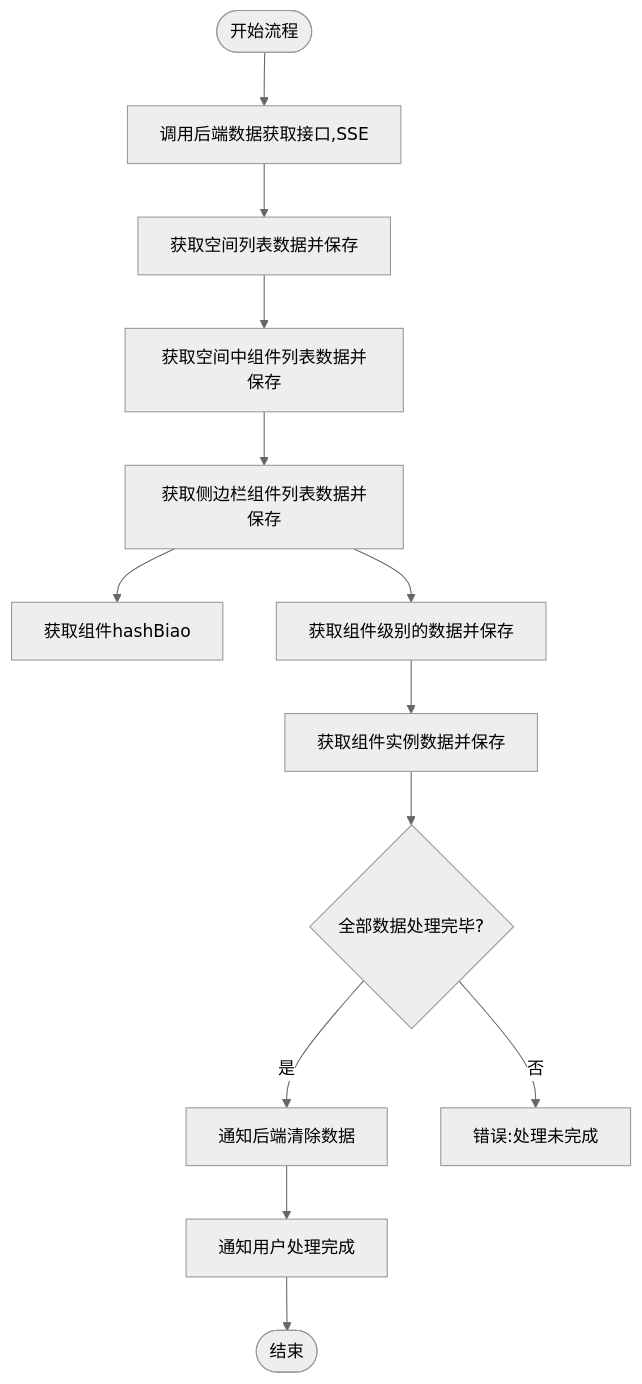
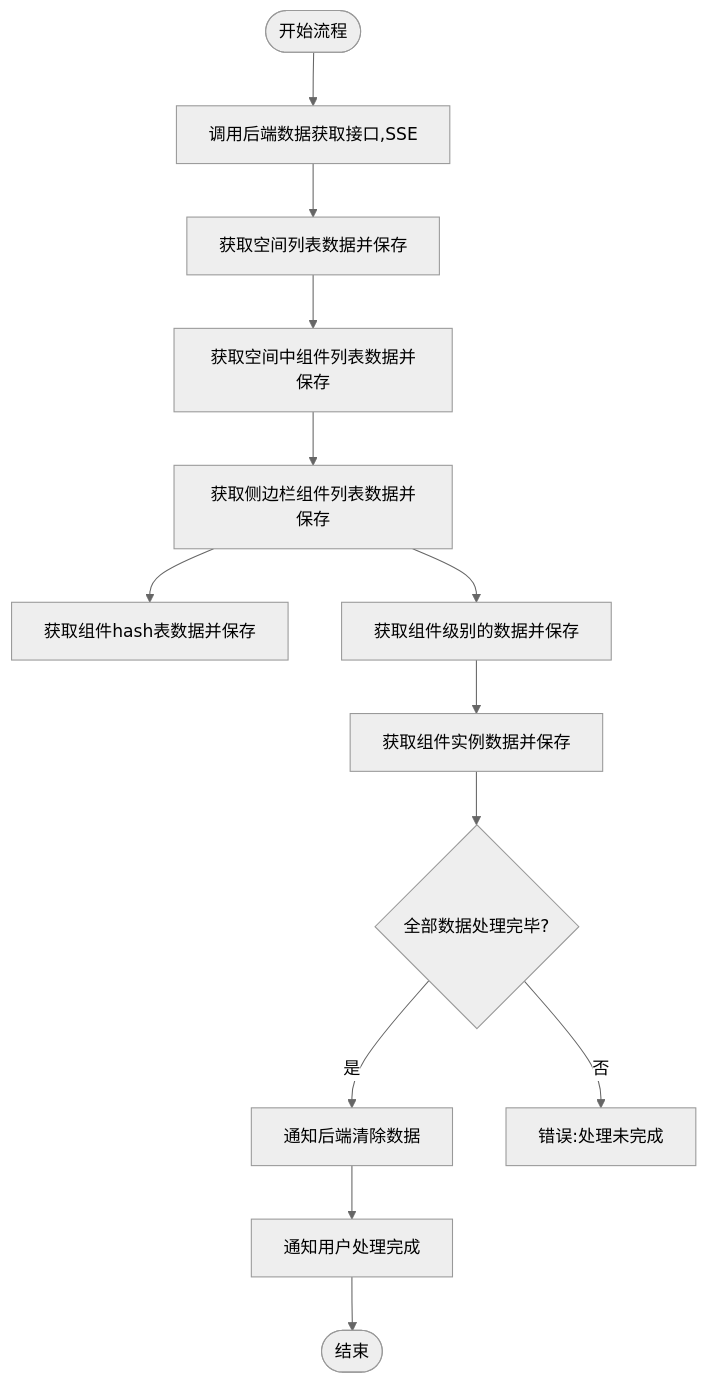
One commit to yingjianzh/iodraw-files changed the diagram in all/未命名-59.md. Above: the diagram before and after it, drawn with Mermaid (neutral theme).

Commit message:
2025-05-14 14:56:17 update

````diff
--- a/all/未命名-59.md
+++ b/all/未命名-59.md
@@ -1,24 +1,24 @@
 ```mermaid
 
 flowchart TD
     Start([开始流程]) --> FetchData[调用后端数据获取接口,SSE]
     FetchData --> FetchSpaceData[获取空间列表数据并保存]
    
     FetchSpaceData --> FetchSpaceComponent[获取空间中组件列表数据并保存]
 
     FetchSpaceComponent --> FetchSiderComponent[获取侧边栏组件列表数据并保存]
 
-    FetchSiderComponent --> FetchTableHash[获取组件hashBiao]
+    FetchSiderComponent --> FetchTableHash[获取组件hash表数据并保存]
     FetchSiderComponent --> FetchComponent[获取组件级别的数据并保存]
 
     FetchComponent --> FetchInstance[获取组件实例数据并保存]
     
     FetchInstance --> AllComponentsProcessed{全部数据处理完毕?}
     
     AllComponentsProcessed -->|是| ClearServerData[通知后端清除数据]
     AllComponentsProcessed -->|否| Error3[错误:处理未完成]
     
     ClearServerData --> CompletionNotification[通知用户处理完成]
     CompletionNotification --> End([结束])
 
 ```
````
